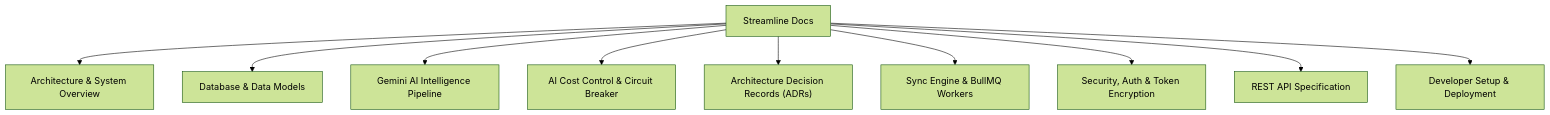
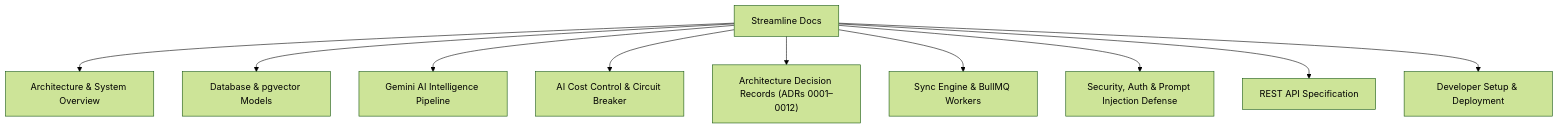
One commit to PiyushY111/Streamline changed the diagram in docs/README.md. Above: the diagram before and after it, drawn with Mermaid (forest theme). The commit also changed other lines of this file and 3 other files, not shown here.

Commit message:
docs: update README and documentation with autonomous agent, security, and architecture details

````diff
--- a/docs/README.md
+++ b/docs/README.md
@@ -9,12 +9,12 @@
 ```mermaid
 graph TD
     A["Streamline Docs"] --> B["Architecture & System Overview"]
-    A --> C["Database & Data Models"]
+    A --> C["Database & pgvector Models"]
     A --> D["Gemini AI Intelligence Pipeline"]
     A --> E["AI Cost Control & Circuit Breaker"]
-    A --> F["Architecture Decision Records (ADRs)"]
+    A --> F["Architecture Decision Records (ADRs 0001–0012)"]
     A --> G["Sync Engine & BullMQ Workers"]
-    A --> H["Security, Auth & Token Encryption"]
+    A --> H["Security, Auth & Prompt Injection Defense"]
     A --> I["REST API Specification"]
     A --> J["Developer Setup & Deployment"]
 ```
````
